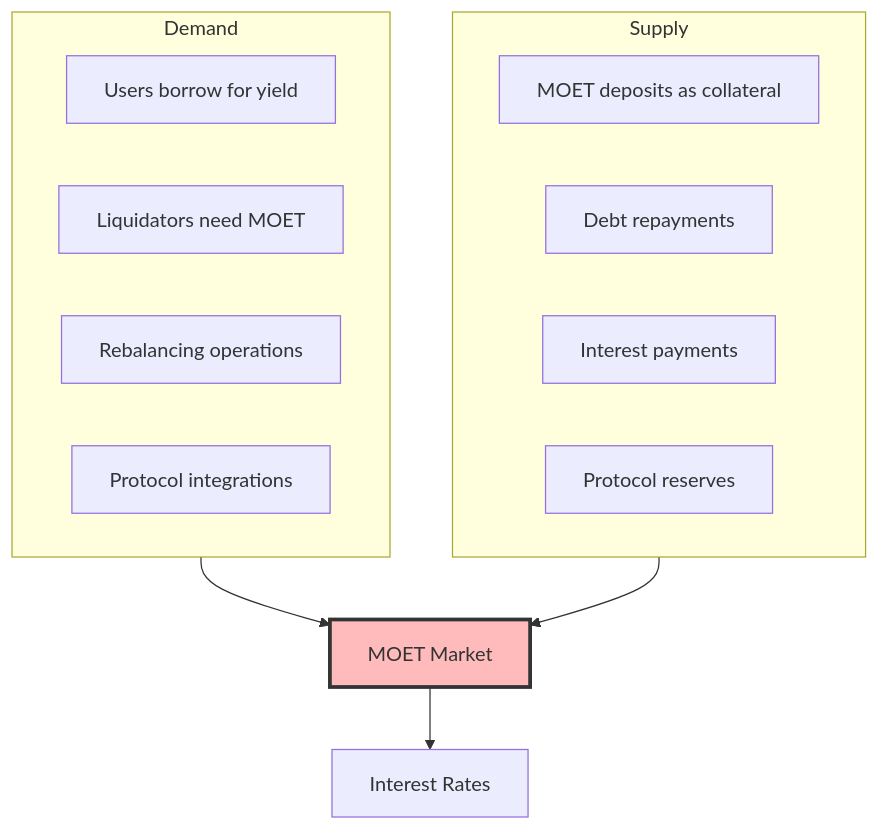
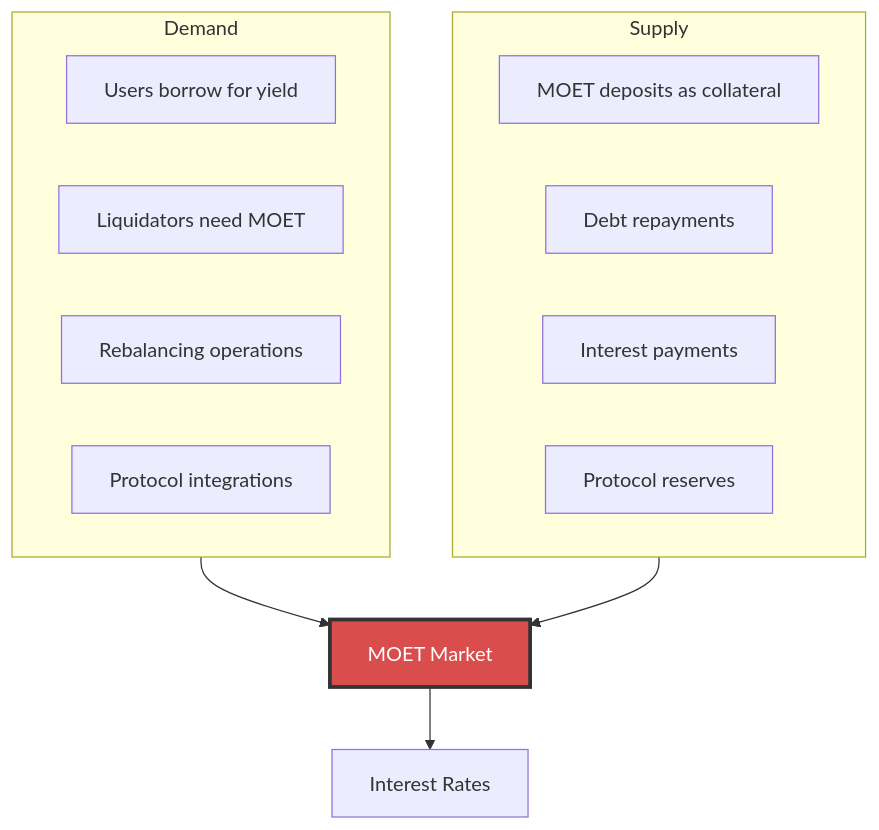
One commit to onflow/docs changed diagram 11 of 11 in docs/defi/alp/moet-role.md. Above: the diagram before and after it, drawn with Mermaid. The commit also changed other lines of this file and 12 other files, not shown here.

````diff
--- a/docs/defi/alp/moet-role.md
+++ b/docs/defi/alp/moet-role.md
@@ -260,22 +258,22 @@
 ```mermaid
 graph TB
     subgraph Demand
         D1[Users borrow for yield]
         D2[Liquidators need MOET]
         D3[Rebalancing operations]
         D4[Protocol integrations]
     end
 
     subgraph Supply
         S1[MOET deposits as collateral]
         S2[Debt repayments]
         S3[Interest payments]
         S4[Protocol reserves]
     end
 
     Demand --> Market[MOET Market]
     Supply --> Market
     Market --> Rate[Interest Rates]
 
-    style Market fill:#fbb,stroke:#333,stroke-width:3px
+    style Market fill:#d94d4d,stroke:#333,stroke-width:3px,color:#fff
 ```
````
